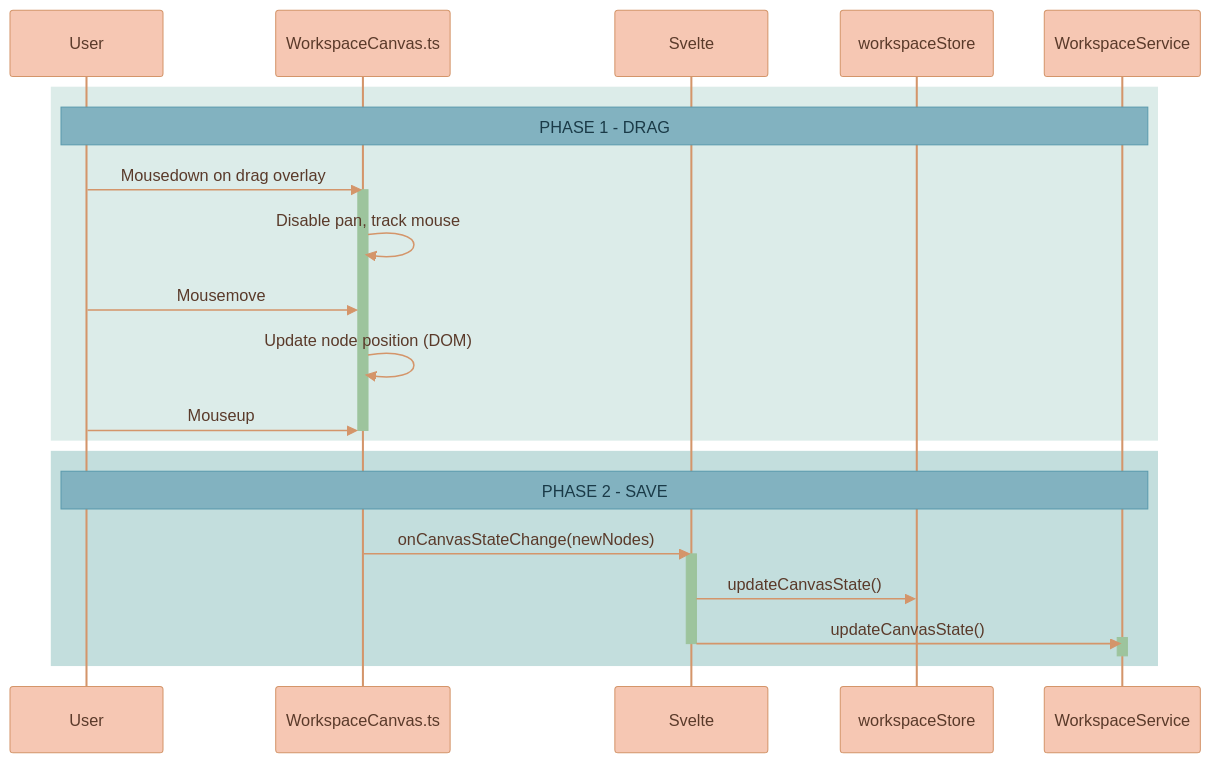
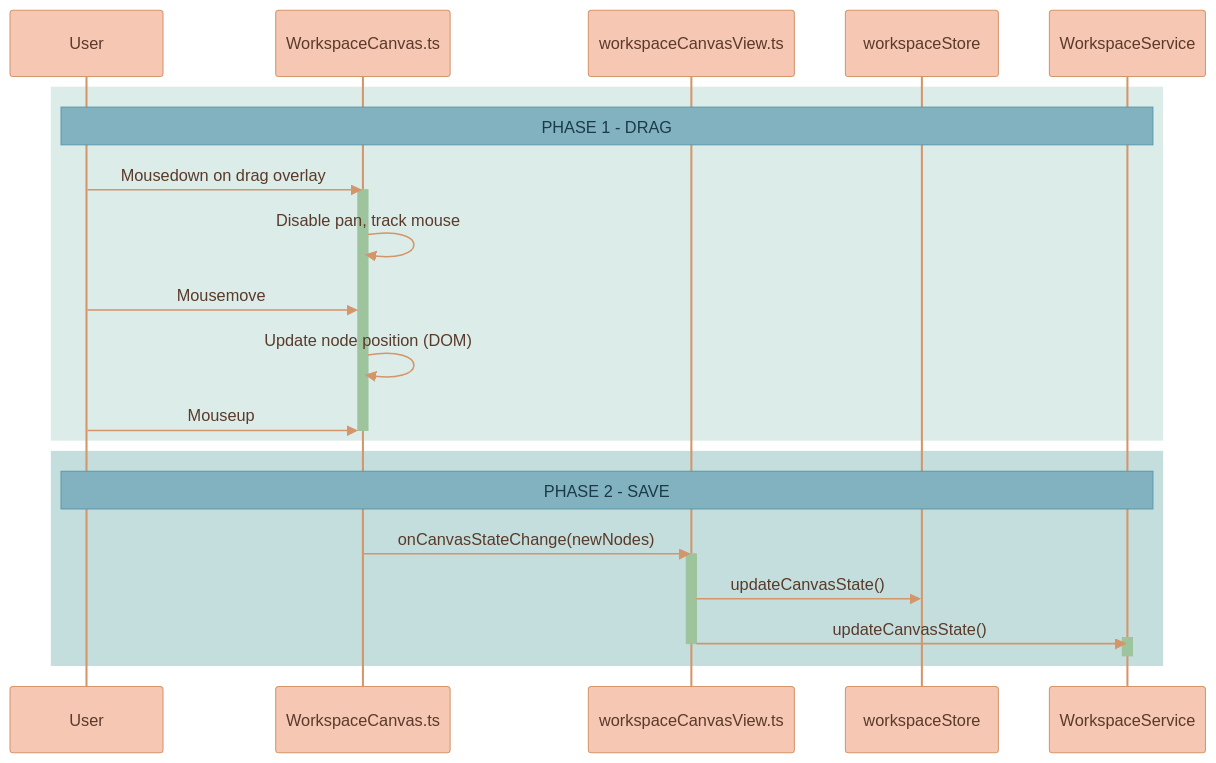
The sixth of 6 diagrams in documentation/canvas/USER-FLOWS.md (Lixpi/lixpi), drawn with Mermaid before and after one commit. The commit also changed other lines of this file and 59 other files, not shown here.

````diff
--- a/documentation/canvas/USER-FLOWS.md
+++ b/documentation/canvas/USER-FLOWS.md
@@ -308,36 +308,36 @@
 ```mermaid
 %%{init: {'theme': 'base', 'themeVariables': { 'noteBkgColor': '#82B2C0', 'noteTextColor': '#1a3a47', 'noteBorderColor': '#5a9aad', 'actorBkg': '#F6C7B3', 'actorBorder': '#d4956a', 'actorTextColor': '#5a3a2a', 'actorLineColor': '#d4956a', 'signalColor': '#d4956a', 'signalTextColor': '#5a3a2a', 'labelBoxBkgColor': '#F6C7B3', 'labelBoxBorderColor': '#d4956a', 'labelTextColor': '#5a3a2a', 'loopTextColor': '#5a3a2a', 'activationBorderColor': '#9DC49D', 'activationBkgColor': '#9DC49D', 'sequenceNumberColor': '#5a3a2a'}}}%%
 sequenceDiagram
     participant User
     participant Canvas as WorkspaceCanvas.ts
-    participant Svelte
+    participant Host as workspaceCanvasView.ts
     participant Store as workspaceStore
     participant WSvc as WorkspaceService
     %% ═══════════════════════════════════════════════════════════════
     %% PHASE 1: DRAG
     %% ═══════════════════════════════════════════════════════════════
     rect rgb(220, 236, 233)
         Note over User, WSvc: PHASE 1 - DRAG
         User->>Canvas: Mousedown on drag overlay
         activate Canvas
         Canvas->>Canvas: Disable pan, track mouse
         User->>Canvas: Mousemove
         Canvas->>Canvas: Update node position (DOM)
         User->>Canvas: Mouseup
         deactivate Canvas
     end
 
     %% ═══════════════════════════════════════════════════════════════
     %% PHASE 2: SAVE
     %% ═══════════════════════════════════════════════════════════════
     rect rgb(195, 222, 221)
         Note over User, WSvc: PHASE 2 - SAVE
-        Canvas->>Svelte: onCanvasStateChange(newNodes)
-        activate Svelte
-        Svelte->>Store: updateCanvasState()
-        Svelte->>WSvc: updateCanvasState()
+        Canvas->>Host: onCanvasStateChange(newNodes)
+        activate Host
+        Host->>Store: updateCanvasState()
+        Host->>WSvc: updateCanvasState()
         activate WSvc
         deactivate WSvc
-        deactivate Svelte
+        deactivate Host
     end
 ```
````
